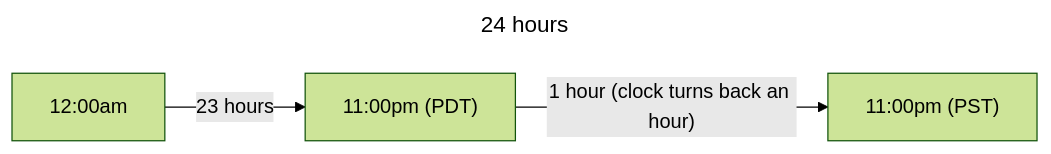
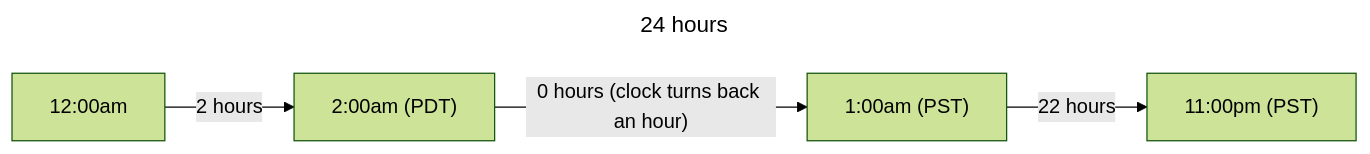
Before and after one commit to TomerAberbach/website: the first of 2 diagrams in private/posts/the-1-hour-per-year-bug.md, drawn with Mermaid (forest theme). The commit also changed other lines of this file, not shown here.

````diff
--- a/private/posts/the-1-hour-per-year-bug.md
+++ b/private/posts/the-1-hour-per-year-bug.md
@@ -60,11 +70,12 @@
 ```mermaid
 ---
 title: 24 hours
 ---
 graph LR
     START_TIME[12:00am]
-    BEFORE_INPUT_TIME["11:00pm (PDT)"]
+    DST_ENDED_TIME_PDT["2:00am (PDT)"]
+    DST_ENDED_TIME_PST["1:00am (PST)"]
     INPUT_TIME["11:00pm (PST)"]
 
-    START_TIME -->|23 hours| BEFORE_INPUT_TIME -->|"1 hour (clock turns back an hour)"| INPUT_TIME
+    START_TIME -->|2 hours| DST_ENDED_TIME_PDT -->|"0 hours (clock turns back an hour)"| DST_ENDED_TIME_PST -->|22 hours| INPUT_TIME
 ```
````
